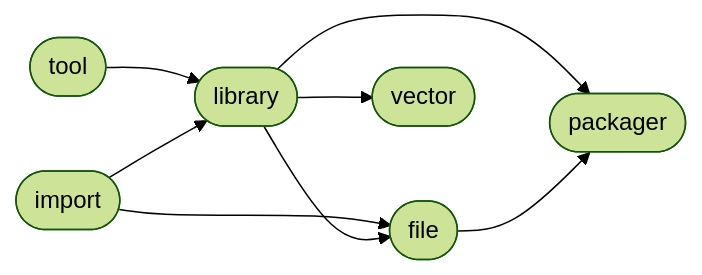
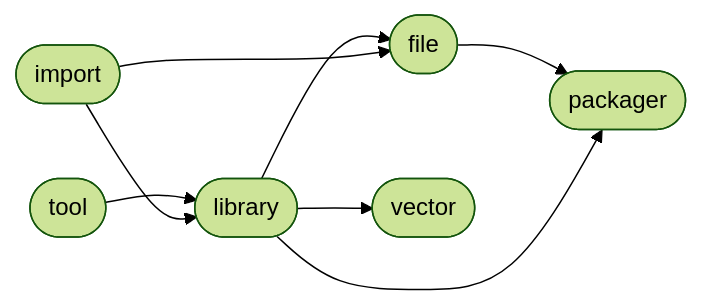
The diagram in README.md (Mandera/Mandera), drawn with Mermaid (forest theme) before and after one commit. The commit also changed other lines of this file, not shown here.

````diff
--- a/README.md
+++ b/README.md
@@ -6,16 +6,16 @@
 ```mermaid
 flowchart LR
+2([library]) --> 4([vector])
+1([tool]) --> 2([library])
+3([file]) --> 5([packager])
+2([library]) --> 3([file])
+0([import]) --> 2([library])
+0([import]) --> 3([file])
 2([library]) --> 5([packager])
-2([library]) --> 4([vector])
-3([file]) --> 5([packager])
-0([import]) --> 3([file])
-1([tool]) --> 2([library])
-0([import]) --> 2([library])
-2([library]) --> 3([file])
 click 0 "https://github.com/ManderaGeneral/generalimport"
 click 1 "https://github.com/ManderaGeneral/generaltool"
 click 2 "https://github.com/ManderaGeneral/generallibrary"
 click 3 "https://github.com/ManderaGeneral/generalfile"
 click 4 "https://github.com/ManderaGeneral/generalvector"
 click 5 "https://github.com/ManderaGeneral/generalpackager"
 ```
````
